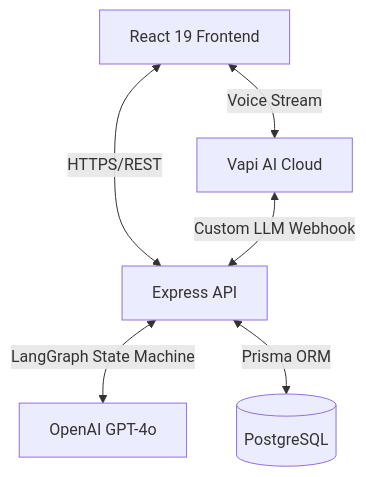
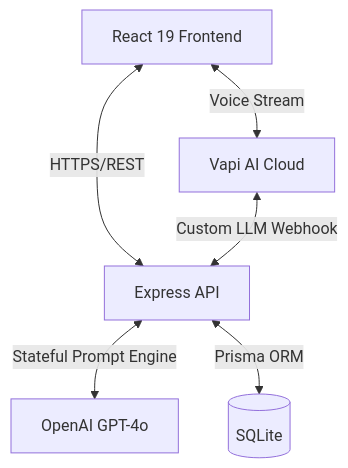
Before and after one commit to vamsi2246/AI-Mock-Platform: the diagram in README.md, drawn with Mermaid. The commit also changed other lines of this file and 19 other files, not shown here.

````diff
--- a/README.md
+++ b/README.md
@@ -10,8 +10,8 @@
 ```mermaid
 graph TD
     UI[React 19 Frontend] <-->|Voice Stream| Vapi[Vapi AI Cloud]
     UI <-->|HTTPS/REST| API[Express API]
     Vapi <-->|Custom LLM Webhook| API
-    API <-->|LangGraph State Machine| OpenAI[OpenAI GPT-4o]
-    API <-->|Prisma ORM| DB[(PostgreSQL)]
+    API <-->|Stateful Prompt Engine| OpenAI[OpenAI GPT-4o]
+    API <-->|Prisma ORM| DB[(SQLite)]
 ```
````
